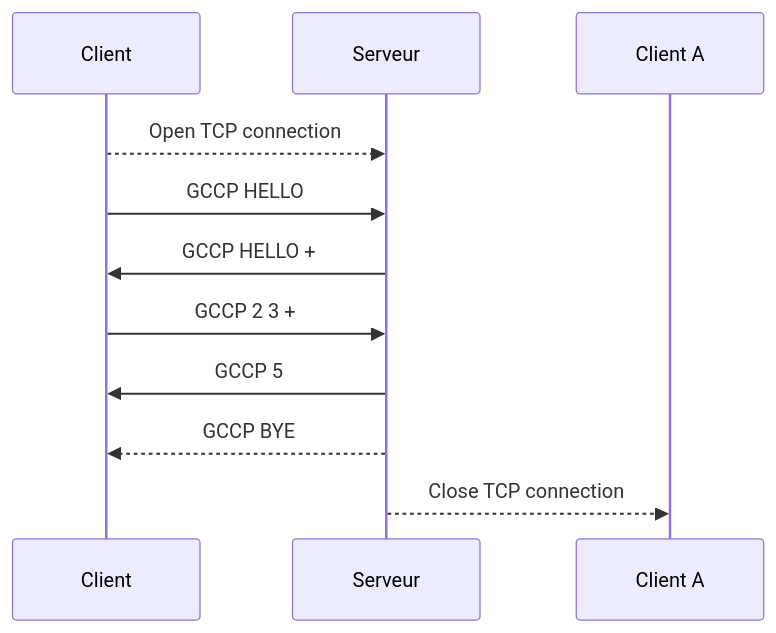
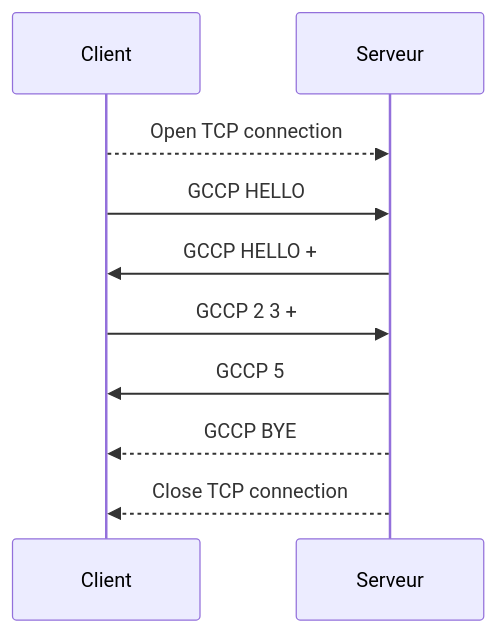
Before and after one commit to HEIGVD-Course-DAI/dai-lab-protocoldesign: the first of 2 diagrams in specs/balkghar_a-mango/protocol.md, drawn with Mermaid.

````diff
--- a/specs/balkghar_a-mango/protocol.md
+++ b/specs/balkghar_a-mango/protocol.md
@@ -167,10 +167,10 @@
 ```mermaid
 sequenceDiagram
     Client-->>Serveur: Open TCP connection
     Client->>Serveur: GCCP HELLO
     Serveur->>Client: GCCP HELLO +
     Client->>Serveur: GCCP 2 3 +
-	Serveur->>Client: GCCP 5
+    Serveur->>Client: GCCP 5
     Serveur-->>Client: GCCP BYE
-	Serveur-->>Client A: Close TCP connection
+    Serveur-->>Client: Close TCP connection
 ```
````
